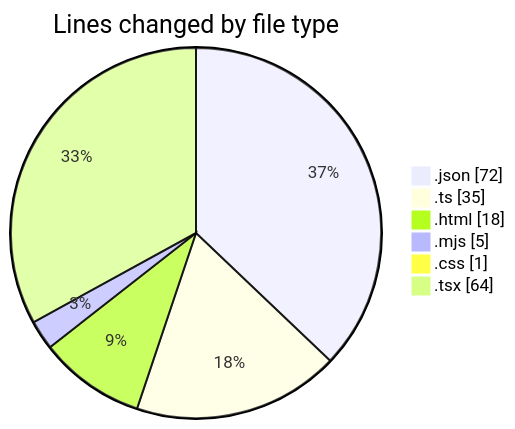
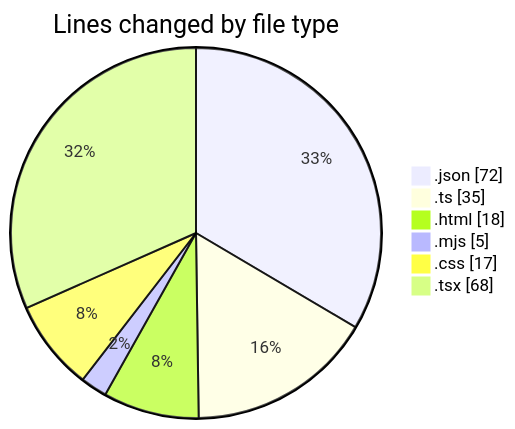
One commit to robertbonfada/code-tracking changed the first of 2 diagrams in 2025-02-26/area-formacao-web/README.md. Above: the diagram before and after it, drawn with Mermaid. The commit also changed other lines of this file and 1 other file, not shown here.

````diff
--- a/2025-02-26/area-formacao-web/README.md
+++ b/2025-02-26/area-formacao-web/README.md
@@ -29,10 +29,10 @@
 ```mermaid
 pie showData
 title Lines changed by file type
 ".json" : 72
 ".ts" : 35
 ".html" : 18
 ".mjs" : 5
-".css" : 1
-".tsx" : 64
+".css" : 17
+".tsx" : 68
 ```
````
